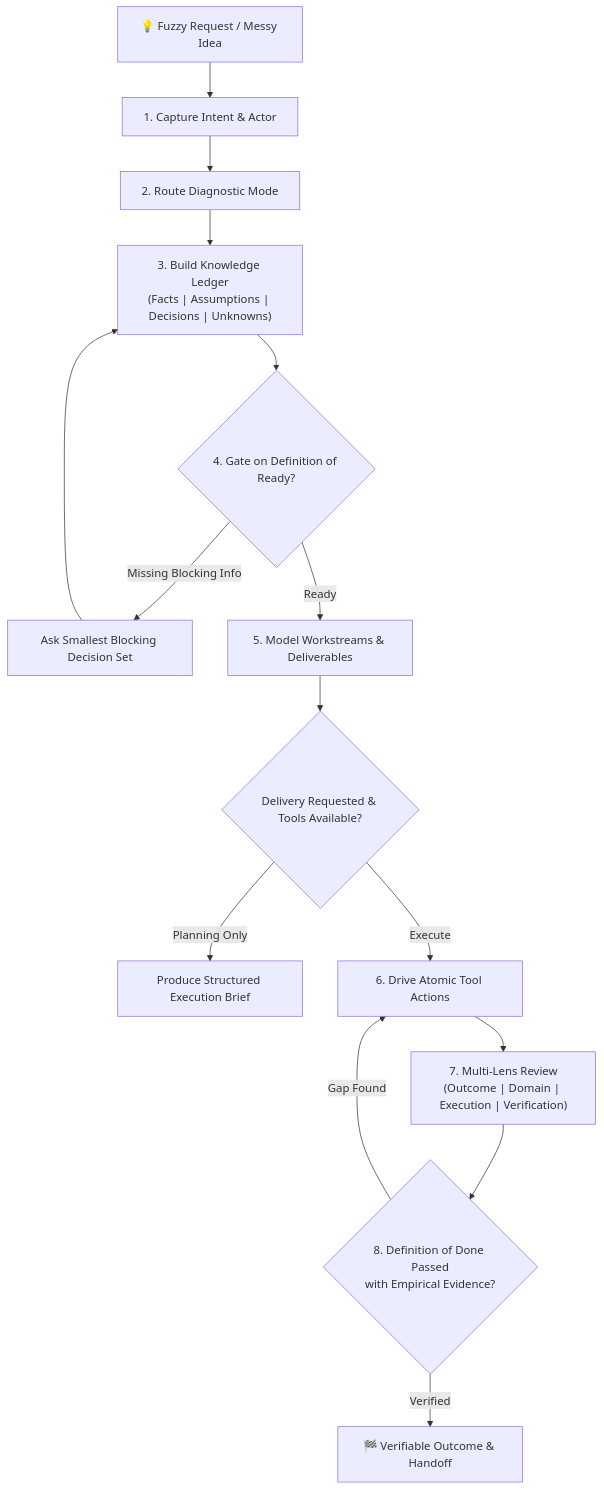
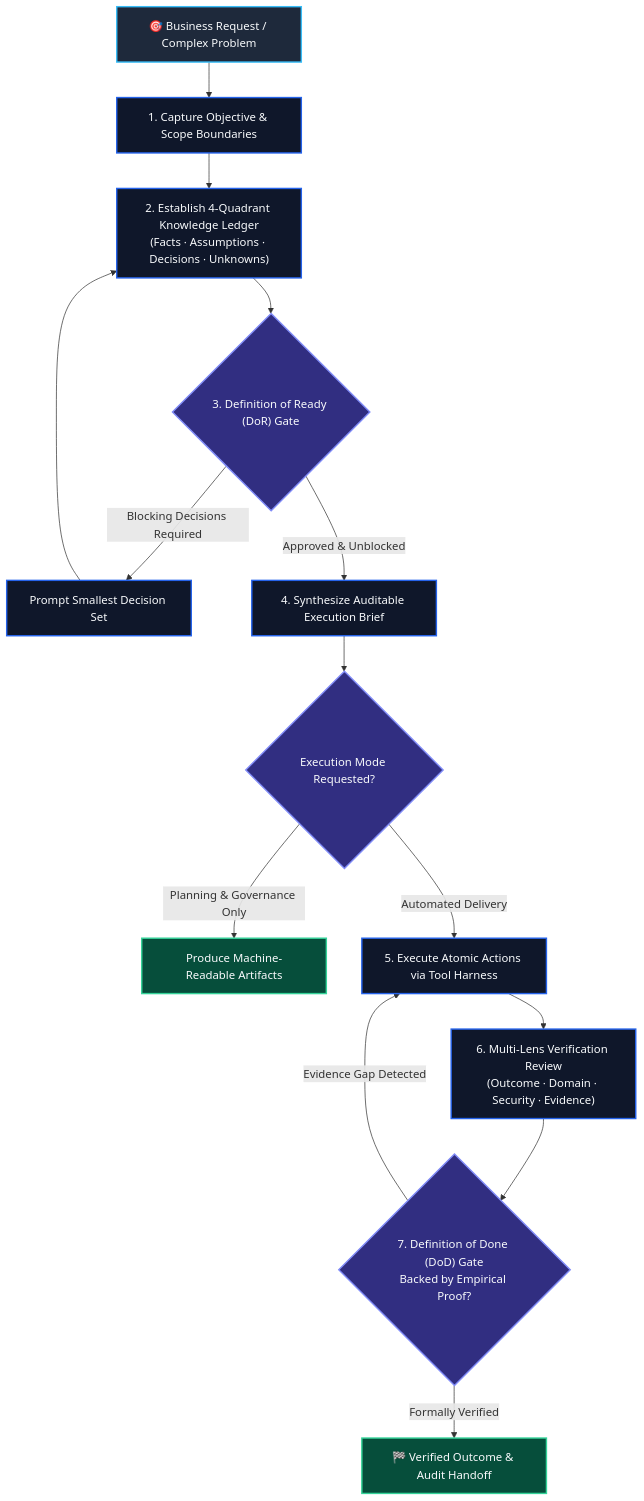
One commit to imMamdouhaboammar/get-things-done changed the diagram in README.md. Above: the diagram before and after it, drawn with Mermaid. The commit also changed other lines of this file, not shown here.

Commit message:
docs: revamp README to enterprise-grade architecture, governance, and deployment specification

````diff
--- a/README.md
+++ b/README.md
@@ -43,17 +69,21 @@
 ```mermaid
 flowchart TD
-    A["💡 Fuzzy Request / Messy Idea"] --> B["1. Capture Intent & Actor"]
-    B --> C["2. Route Diagnostic Mode"]
-    C --> D["3. Build Knowledge Ledger\n(Facts | Assumptions | Decisions | Unknowns)"]
-    D --> E{"4. Gate on Definition of Ready?"}
-    E -- "Missing Blocking Info" --> F["Ask Smallest Blocking Decision Set"]
-    F --> D
-    E -- "Ready" --> G["5. Model Workstreams & Deliverables"]
-    G --> H{"Delivery Requested & Tools Available?"}
-    H -- "Planning Only" --> I["Produce Structured Execution Brief"]
-    H -- "Execute" --> J["6. Drive Atomic Tool Actions"]
-    J --> K["7. Multi-Lens Review\n(Outcome | Domain | Execution | Verification)"]
-    K --> L{"8. Definition of Done Passed\nwith Empirical Evidence?"}
-    L -- "Gap Found" --> J
-    L -- "Verified" --> M["🏁 Verifiable Outcome & Handoff"]
+    classDef start fill:#1E293B,stroke:#38BDF8,stroke-width:2px,color:#F8FAFC;
+    classDef process fill:#0F172A,stroke:#2563EB,stroke-width:2px,color:#F8FAFC;
+    classDef gate fill:#312E81,stroke:#818CF8,stroke-width:2px,color:#F8FAFC;
+    classDef finish fill:#064E3B,stroke:#34D399,stroke-width:2px,color:#F8FAFC;
+
+    A["🎯 Business Request / Complex Problem"]:::start --> B["1. Capture Objective & Scope Boundaries"]:::process
+    B --> C["2. Establish 4-Quadrant Knowledge Ledger\n(Facts · Assumptions · Decisions · Unknowns)"]:::process
+    C --> D{"3. Definition of Ready (DoR) Gate"}:::gate
+    D -- "Blocking Decisions Required" --> E["Prompt Smallest Decision Set"]:::process
+    E --> C
+    D -- "Approved & Unblocked" --> F["4. Synthesize Auditable Execution Brief"]:::process
+    F --> G{"Execution Mode Requested?"}:::gate
+    G -- "Planning & Governance Only" --> H["Produce Machine-Readable Artifacts"]:::finish
+    G -- "Automated Delivery" --> I["5. Execute Atomic Actions via Tool Harness"]:::process
+    I --> J["6. Multi-Lens Verification Review\n(Outcome · Domain · Security · Evidence)"]:::process
+    J --> K{"7. Definition of Done (DoD) Gate\nBacked by Empirical Proof?"}:::gate
+    K -- "Evidence Gap Detected" --> I
+    K -- "Formally Verified" --> L["🏁 Verified Outcome & Audit Handoff"]:::finish
 ```
````
